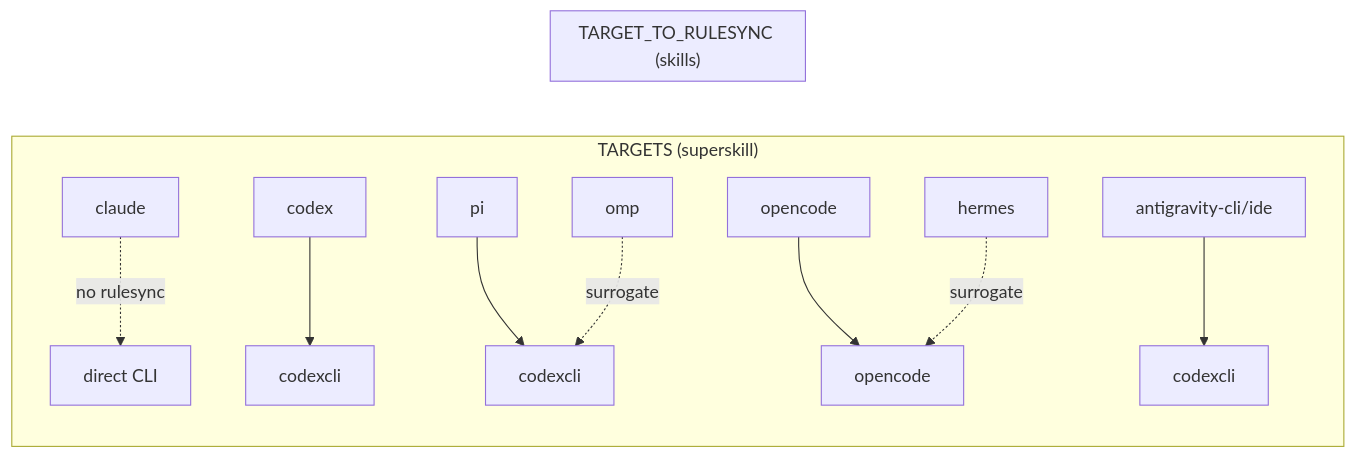
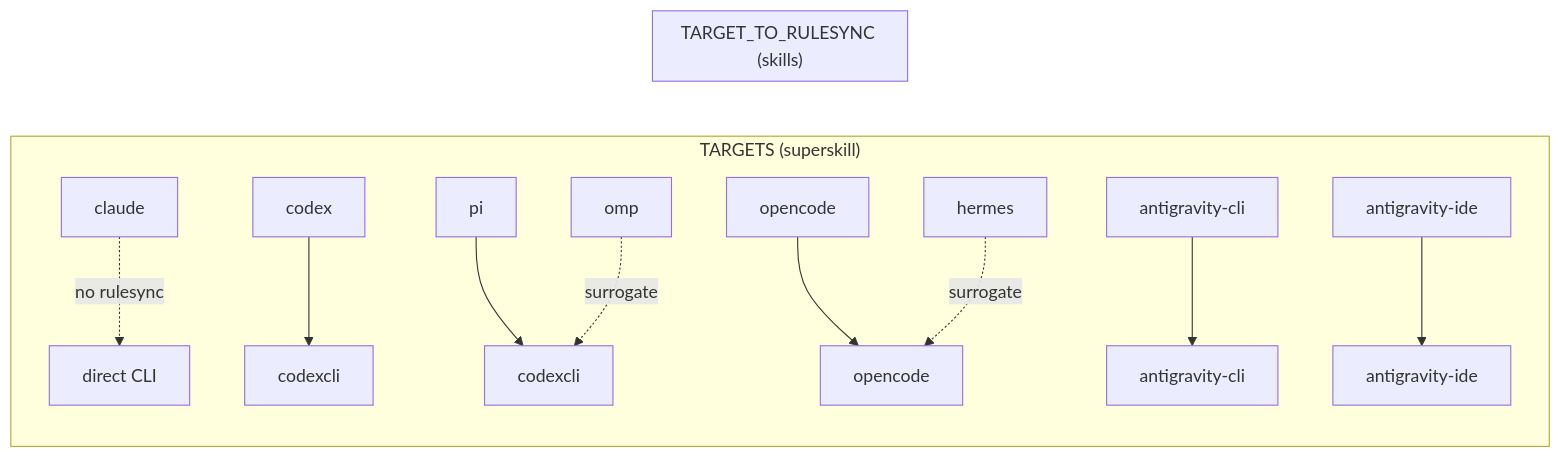
Before and after one commit to gobing-ai/superskill: the second of 4 diagrams in docs/help/cmd_install.md, drawn with Mermaid. The commit also changed other lines of this file and 9 other files, not shown here.

````diff
--- a/docs/help/cmd_install.md
+++ b/docs/help/cmd_install.md
@@ -136,18 +136,20 @@
 ```mermaid
 flowchart LR
     subgraph "TARGETS (superskill)"
         CL[claude] -.->|"no rulesync"| DIRECT[direct CLI]
         CX[codex] --> RCX[codexcli]
         PI[pi] --> RPI[codexcli]
         OC[opencode] --> ROC[opencode]
-        AG[antigravity-cli/ide] --> RAG[codexcli]
+        AGCLI[antigravity-cli] --> RAGCLI[antigravity-cli]
+        AGIDE[antigravity-ide] --> RAGIDE[antigravity-ide]
         OMP[omp] -.->|"surrogate"| RPI
         HE[hermes] -.->|"surrogate"| ROC
     end
     subgraph "TARGET_TO_RULESYNC (skills)"
         RCX
         RPI
         ROC
-        RAG
+        RAGCLI
+        RAGIDE
     end
 ```
````
